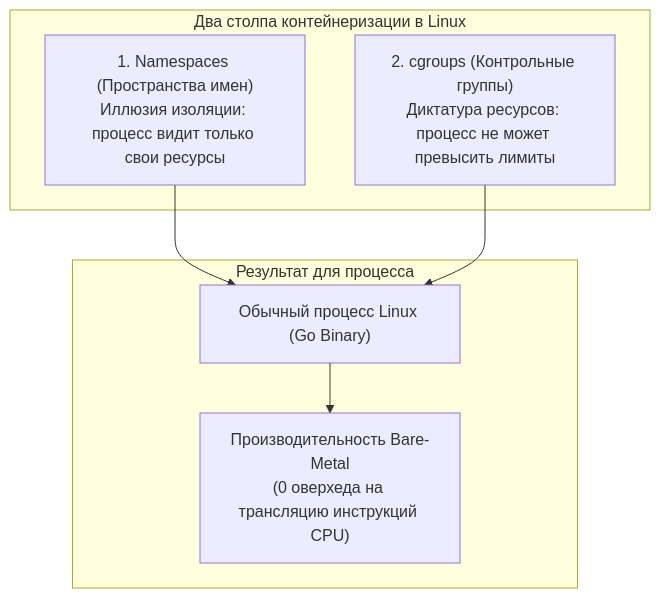
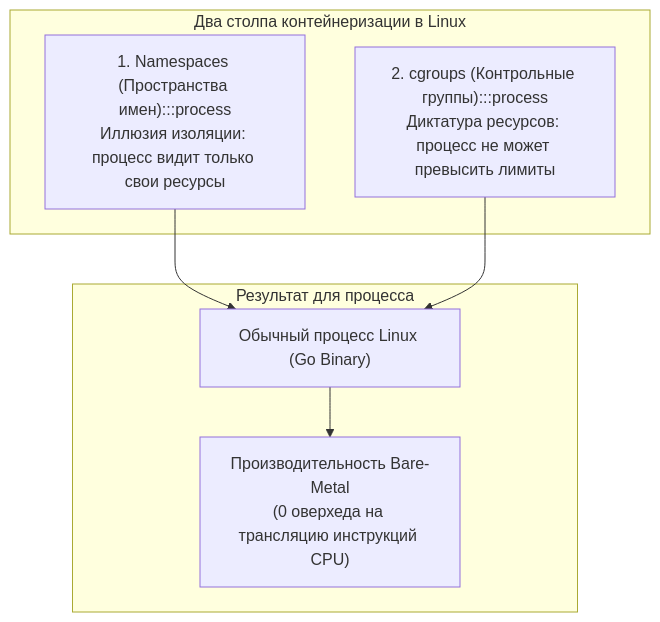
One commit to UnrealTemplier/go-textbook changed the first of 3 diagrams in sources/2. Устройство и работа ОС/53. Контейнеры под капотом. namespaces и cgroups.md. Above: the diagram before and after it, drawn with Mermaid. The commit also changed other lines of this file and 1666 other files, not shown here.

First line of the commit message:
feat(mermaid): add semantic color classDef to 1369 colorless flowchart/graph diagrams

````diff
--- a/sources/2. Устройство и работа ОС/53. Контейнеры под капотом. namespaces и cgroups.md
+++ b/sources/2. Устройство и работа ОС/53. Контейнеры под капотом. namespaces и cgroups.md
@@ -16,19 +16,29 @@
 ```mermaid
 flowchart TD
+    classDef process  fill:#1e293b,stroke:#38bdf8,stroke-width:1px,color:#f8fafc
+    classDef success  fill:#064e3b,stroke:#34d399,stroke-width:1px,color:#f8fafc
+    classDef error    fill:#7f1d1d,stroke:#f87171,stroke-width:1px,color:#f8fafc
+    classDef warning  fill:#78350f,stroke:#fbbf24,stroke-width:1px,color:#f8fafc
+    classDef entry    fill:#1e3a5f,stroke:#38bdf8,stroke-width:2px,color:#f8fafc
+    classDef aux      fill:#334155,stroke:#64748b,stroke-width:1px,color:#f8fafc
+    classDef system   fill:#312e81,stroke:#a78bfa,stroke-width:1px,color:#f8fafc
+    classDef data     fill:#132d29,stroke:#2dd4bf,stroke-width:1px,color:#f8fafc
+    classDef network  fill:#881337,stroke:#fb7185,stroke-width:1px,color:#f8fafc
+    classDef accent   fill:#1e1b4b,stroke:#818cf8,stroke-width:1px,color:#f8fafc
     subgraph ContainerPillars["Два столпа контейнеризации в Linux"]
-        NS["1. Namespaces (Пространства имен)
+        NS["1. Namespaces (Пространства имен):::process
 Иллюзия изоляции: процесс видит только свои ресурсы"]
-        CG["2. cgroups (Контрольные группы)
+        CG["2. cgroups (Контрольные группы):::process
 Диктатура ресурсов: процесс не может превысить лимиты"]
     end
 
     subgraph Result["Результат для процесса"]
         Proc["Обычный процесс Linux (Go Binary)"]
         Perf["Производительность Bare-Metal
 (0 оверхеда на трансляцию инструкций CPU)"]
     end
 
     NS --> Proc
     CG --> Proc
     Proc --> Perf
 ```
````
